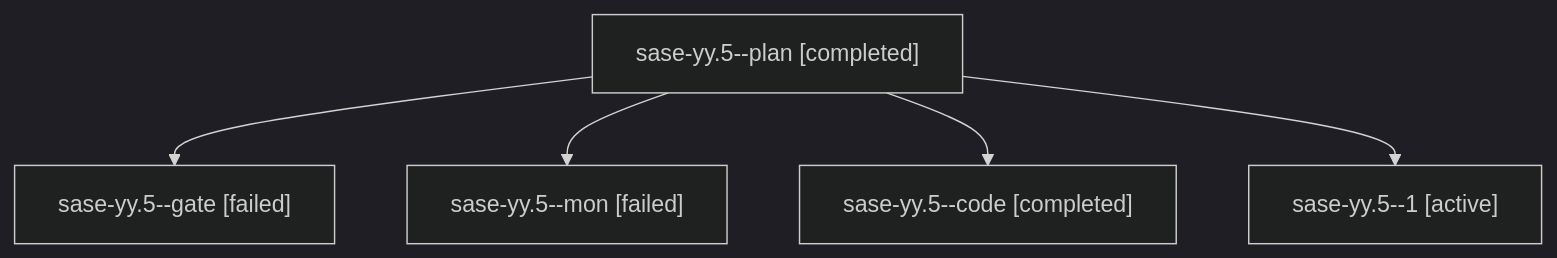
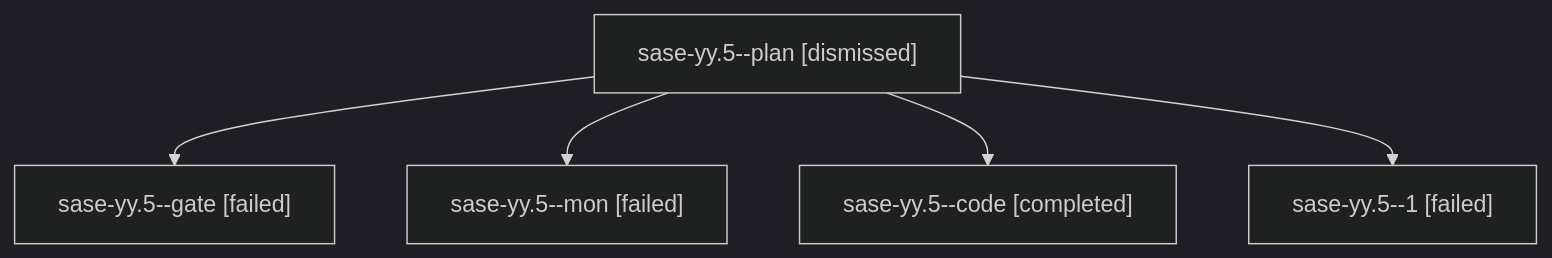
One commit to sase-org/sase--agents changed the diagram in families/bbugyi200.athena.sase-yy.5.md. Above: the diagram before and after it, drawn with Mermaid (dark theme). The commit also changed other lines of this file and 68 other files, not shown here.

````diff
--- a/families/bbugyi200.athena.sase-yy.5.md
+++ b/families/bbugyi200.athena.sase-yy.5.md
@@ -9,12 +9,12 @@
 ```mermaid
 flowchart TD
-  n0["sase-yy.5--plan [completed]"]
+  n0["sase-yy.5--plan [dismissed]"]
   n1["sase-yy.5--gate [failed]"]
   n0 --> n1
   n2["sase-yy.5--mon [failed]"]
   n0 --> n2
   n3["sase-yy.5--code [completed]"]
   n0 --> n3
-  n4["sase-yy.5--1 [active]"]
+  n4["sase-yy.5--1 [failed]"]
   n0 --> n4
 ```
````
